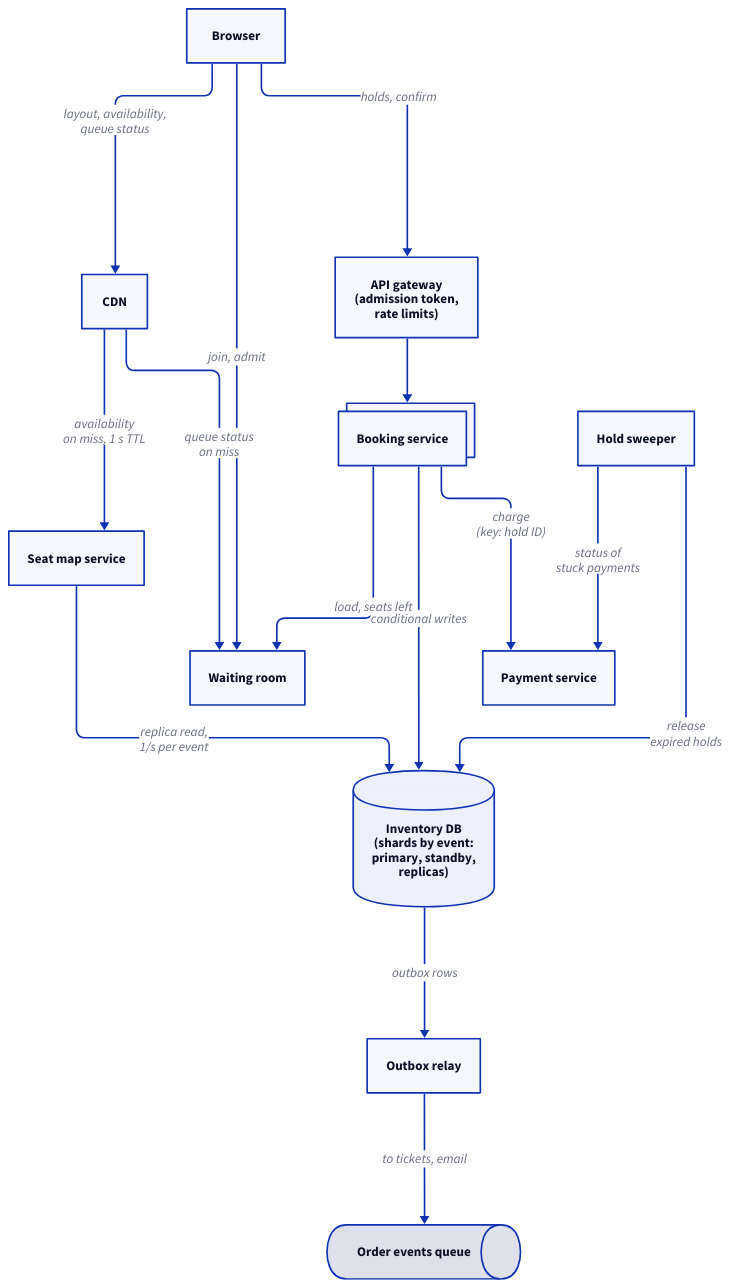
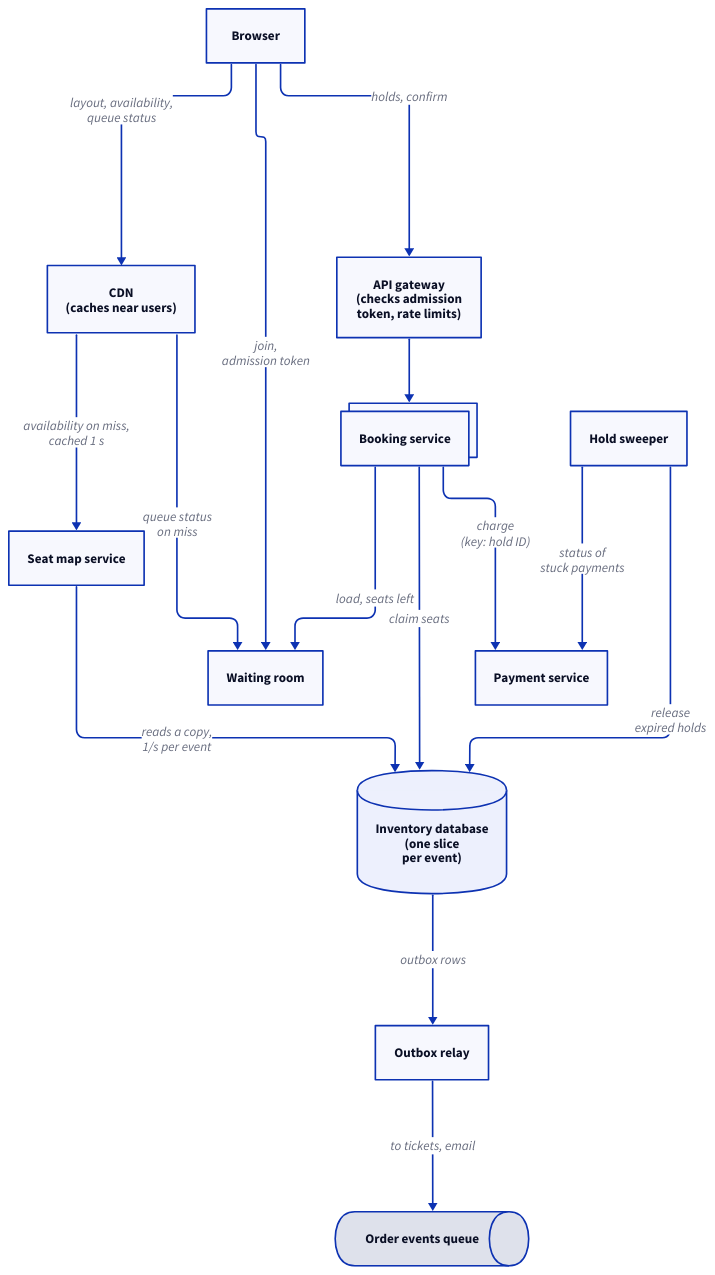
One commit to enbattle/til changed the diagram in src/system-design/diagrams/ticket-booking/architecture.d2. Above: the diagram before and after it, drawn with D2. The commit also changed 23 other files, not shown here.

```diff
--- a/src/system-design/diagrams/ticket-booking/architecture.d2
+++ b/src/system-design/diagrams/ticket-booking/architecture.d2
@@ -1,42 +1,43 @@
 # High-level architecture of the ticket booking system: the CDN and waiting
-# room absorb the on-sale crowd, the booking service makes conditional writes
-# to the sharded inventory database, and confirmed orders leave via an outbox.
+# room absorb the on-sale crowd, the booking service claims seats
+# to the inventory database (one slice per event), and confirmed orders leave
+# via an outbox.
 vars: {
   d2-config: {
     layout-engine: elk
   }
 }
 direction: down
 
 client: Browser
-cdn: CDN
+cdn: "CDN\n(caches near users)"
 wr: Waiting room
-gw: "API gateway\n(admission token,\nrate limits)"
+gw: "API gateway\n(checks admission\ntoken, rate limits)"
 booking: Booking service {
   style.multiple: true
 }
 seatmap: Seat map service
-db: "Inventory DB\n(shards by event:\nprimary, standby,\nreplicas)" {
+db: "Inventory database\n(one slice\nper event)" {
   shape: cylinder
 }
 sweeper: Hold sweeper
 pay: Payment service
 relay: Outbox relay
 queue: Order events queue {
   shape: queue
 }
 
 client -> cdn: "layout, availability,\nqueue status"
-client -> wr: "join, admit"
+client -> wr: "join,\nadmission token"
 client -> gw: "holds, confirm"
-cdn -> seatmap: "availability\non miss, 1 s TTL"
+cdn -> seatmap: "availability on miss,\ncached 1 s"
 cdn -> wr: "queue status\non miss"
 gw -> booking
-booking -> db: "conditional writes"
+booking -> db: "claim seats"
 booking -> pay: "charge\n(key: hold ID)"
 booking -> wr: "load, seats left"
-seatmap -> db: "replica read,\n1/s per event"
+seatmap -> db: "reads a copy,\n1/s per event"
 sweeper -> db: "release\nexpired holds"
 sweeper -> pay: "status of\nstuck payments"
 db -> relay: "outbox rows"
 relay -> queue: "to tickets, email"
```
